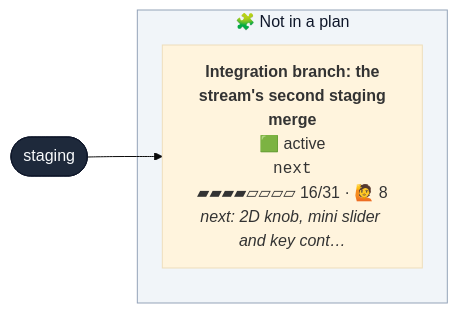
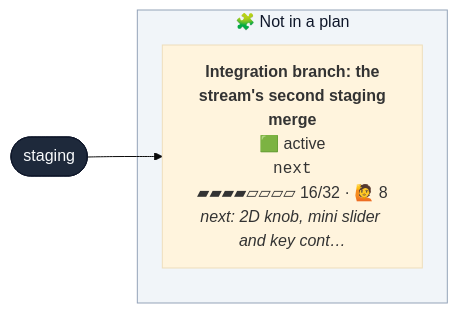
The first of 2 diagrams in CONTRIBUTING.md (henryjonescodes/portfolio), drawn with Mermaid (base theme) before and after one commit. The commit also changed other lines of this file, not shown here.

````diff
--- a/CONTRIBUTING.md
+++ b/CONTRIBUTING.md
@@ -16,18 +16,18 @@
 ```mermaid
 flowchart LR
   n_staging([staging])
   class n_staging trunk
   subgraph loose["🧩 Not in a plan"]
-    n_next["<b>Integration branch: the<br/>stream's second staging<br/>merge</b><br/>🟩 active<br/><code>next</code><br/>▰▰▰▰▱▱▱▱ 16/31 · 🙋 8<br/><i>next: 2D knob, mini slider and key cont…</i>"]
+    n_next["<b>Integration branch: the<br/>stream's second staging<br/>merge</b><br/>🟩 active<br/><code>next</code><br/>▰▰▰▰▱▱▱▱ 16/32 · 🙋 8<br/><i>next: 2D knob, mini slider and key cont…</i>"]
     class n_next active,current
   end
   style loose fill:#f1f5f9,stroke:#94a3b8,color:#0f172a
   n_staging --> n_next
   classDef planned fill:#c7d2fe,stroke:#4f46e5,color:#1e1b4b
   classDef sketched fill:#f8fafc,stroke:#64748b,stroke-dasharray:4 3,color:#334155
   classDef active fill:#bbf7d0,stroke:#16a34a,stroke-width:3px,color:#052e16
   classDef review fill:#fde68a,stroke:#d97706,stroke-width:3px,color:#451a03
   classDef blocked fill:#fecaca,stroke:#dc2626,stroke-width:3px,color:#450a0a
   classDef trunk fill:#1e293b,stroke:#0f172a,color:#f8fafc
   classDef current stroke:#0ea5e9,stroke-width:5px
 ```
````
